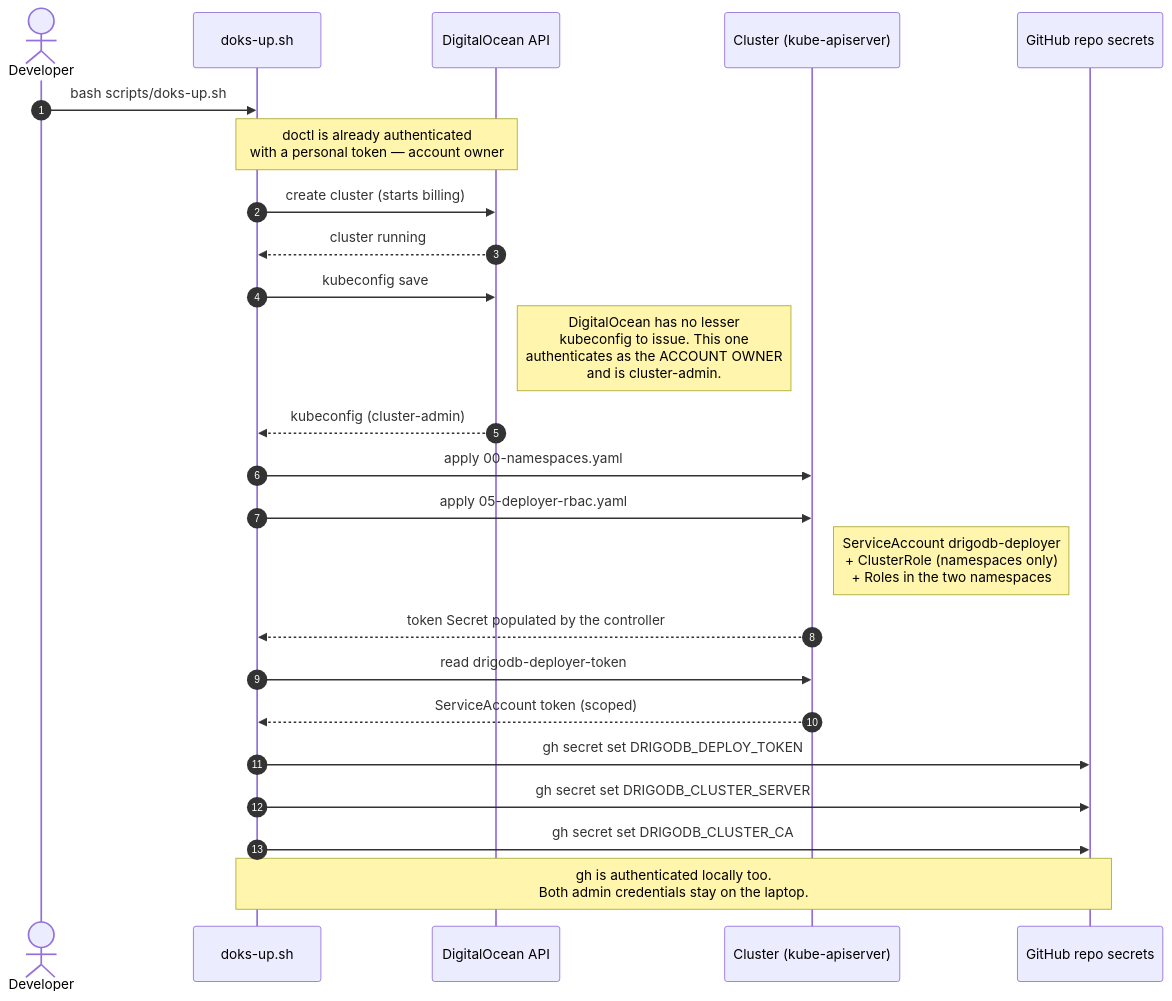
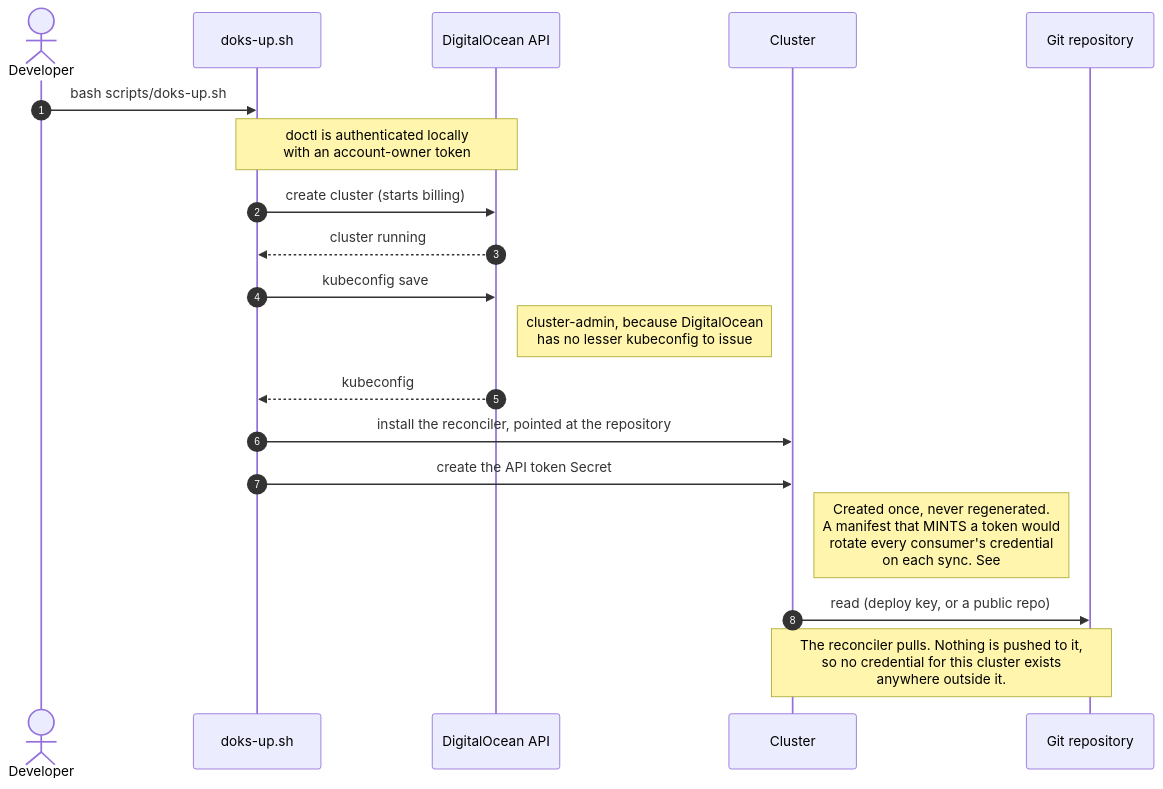
One commit to drigolabs/drigodb changed the first of 4 diagrams in docs/diagrams/deploy-flow.md. Above: the diagram before and after it, drawn with Mermaid. The commit also changed other lines of this file and 3 other files, not shown here.

Commit message:
docs: draw the deploy flow decision 0002 leads to, not the one being left (#53)

````diff
--- a/docs/diagrams/deploy-flow.md
+++ b/docs/diagrams/deploy-flow.md
@@ -23,30 +30,25 @@
 ```mermaid
 sequenceDiagram
     autonumber
     actor Dev as Developer
     participant Up as doks-up.sh
     participant DO as DigitalOcean API
-    participant K8s as Cluster (kube-apiserver)
-    participant GH as GitHub repo secrets
+    participant K8s as Cluster
+    participant Repo as Git repository
 
     Dev->>Up: bash scripts/doks-up.sh
-    Note over Up,DO: doctl is already authenticated<br/>with a personal token — account owner
+    Note over Up,DO: doctl is authenticated locally<br/>with an account-owner token
 
     Up->>DO: create cluster (starts billing)
     DO-->>Up: cluster running
     Up->>DO: kubeconfig save
-    Note right of DO: DigitalOcean has no lesser<br/>kubeconfig to issue. This one<br/>authenticates as the ACCOUNT OWNER<br/>and is cluster-admin.
-    DO-->>Up: kubeconfig (cluster-admin)
+    Note right of DO: cluster-admin, because DigitalOcean<br/>has no lesser kubeconfig to issue
+    DO-->>Up: kubeconfig
 
-    Up->>K8s: apply 00-namespaces.yaml
-    Up->>K8s: apply 05-deployer-rbac.yaml
-    Note right of K8s: ServiceAccount drigodb-deployer<br/>+ ClusterRole (namespaces only)<br/>+ Roles in the two namespaces
-    K8s-->>Up: token Secret populated by the controller
+    Up->>K8s: install the reconciler, pointed at the repository
+    Up->>K8s: create the API token Secret
+    Note right of K8s: Created once, never regenerated.<br/>A manifest that MINTS a token would<br/>rotate every consumer's credential<br/>on each sync. See #49.
 
-    Up->>K8s: read drigodb-deployer-token
-    K8s-->>Up: ServiceAccount token (scoped)
-    Up->>GH: gh secret set DRIGODB_DEPLOY_TOKEN
-    Up->>GH: gh secret set DRIGODB_CLUSTER_SERVER
-    Up->>GH: gh secret set DRIGODB_CLUSTER_CA
-    Note over Up,GH: gh is authenticated locally too.<br/>Both admin credentials stay on the laptop.
+    K8s->>Repo: read (deploy key, or a public repo)
+    Note over K8s,Repo: The reconciler pulls. Nothing is pushed to it,<br/>so no credential for this cluster exists<br/>anywhere outside it.
 ```
````
